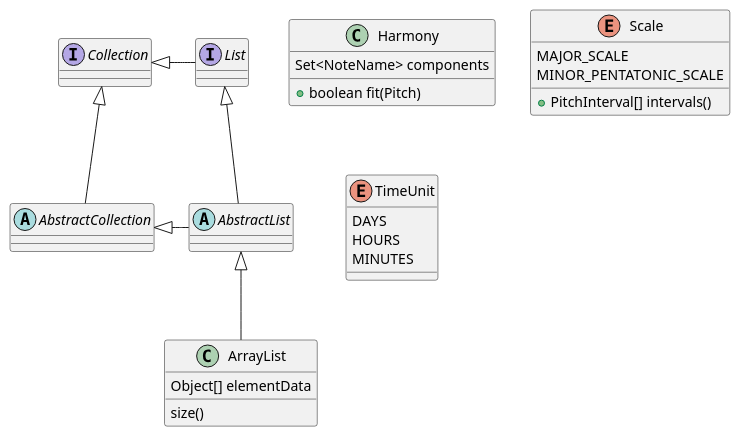
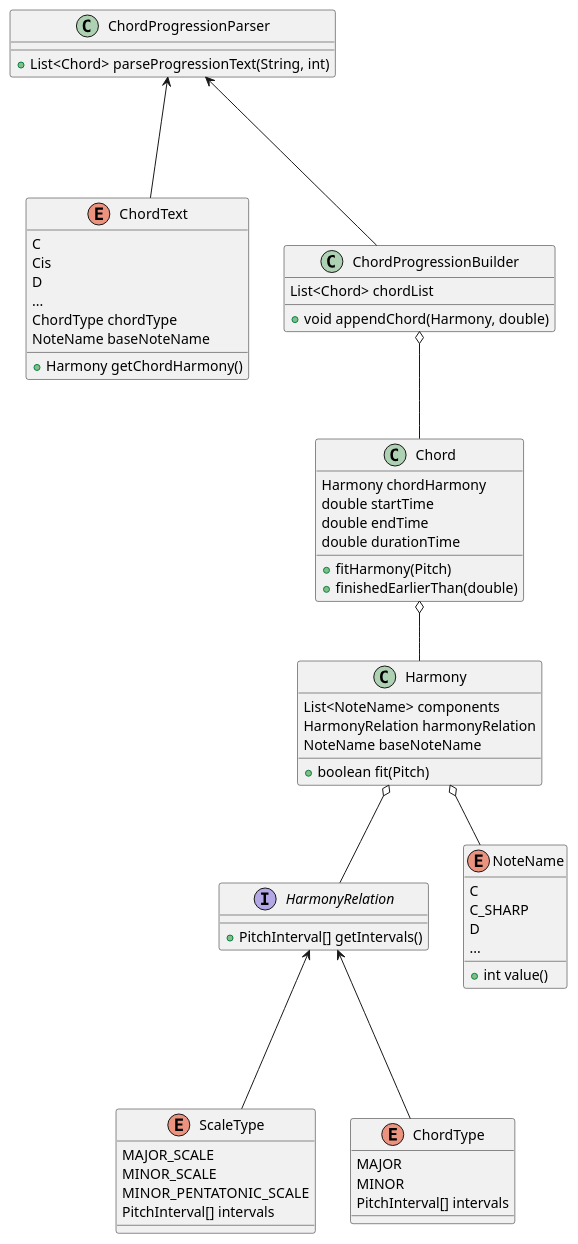
Before and after one commit to bonczek/MusicComposer: the diagram in src/main/resources/musical_harmony.puml, drawn with PlantUML. The commit also changed 15 other files, not shown here.

Commit message:
diagram for harmony relations, chordName enum changed to ChordType

```diff
--- a/src/main/resources/musical_harmony.puml
+++ b/src/main/resources/musical_harmony.puml
@@ -1,37 +1,76 @@
 @startuml
 
 class Harmony {
-    Set<NoteName> components
+    List<NoteName> components
+    HarmonyRelation harmonyRelation
+    NoteName baseNoteName
     + boolean fit(Pitch)
 }
 
-enum Scale {
-    MAJOR_SCALE
-    MINOR_PENTATONIC_SCALE
-    + PitchInterval[] intervals()
+interface HarmonyRelation {
+    + PitchInterval[] getIntervals()
 }
 
-abstract class AbstractList
-abstract AbstractCollection
-interface List
-interface Collection
-
-List <|-- AbstractList
-Collection <|-- AbstractCollection
-
-Collection <|- List
-AbstractCollection <|- AbstractList
-AbstractList <|-- ArrayList
-
-class ArrayList {
-Object[] elementData
-size()
+enum NoteName {
+    C
+    C_SHARP
+    D
+    ...
+    + int value()
 }
 
-enum TimeUnit {
-DAYS
-HOURS
-MINUTES
+Harmony o-- HarmonyRelation
+Harmony o-- NoteName
+
+enum ScaleType {
+    MAJOR_SCALE
+    MINOR_SCALE
+    MINOR_PENTATONIC_SCALE
+    PitchInterval[] intervals
 }
 
+enum ChordType {
+    MAJOR
+    MINOR
+    PitchInterval[] intervals
+}
+
+HarmonyRelation <--- ScaleType
+HarmonyRelation <--- ChordType
+
+class Chord {
+    Harmony chordHarmony
+    double startTime
+    double endTime
+    double durationTime
+    + fitHarmony(Pitch)
+    + finishedEarlierThan(double)
+}
+
+Chord o-- Harmony
+
+enum ChordText {
+    C
+    Cis
+    D
+    ...
+    ChordType chordType
+    NoteName baseNoteName
+    + Harmony getChordHarmony()
+}
+
+class ChordProgressionBuilder {
+    List<Chord> chordList
+    + void appendChord(Harmony, double)
+}
+
+ChordProgressionBuilder o-- Chord
+
+class ChordProgressionParser {
+    + List<Chord> parseProgressionText(String, int)
+}
+
+ChordProgressionParser <--- ChordText
+ChordProgressionParser <--- ChordProgressionBuilder
+
 @enduml
```
